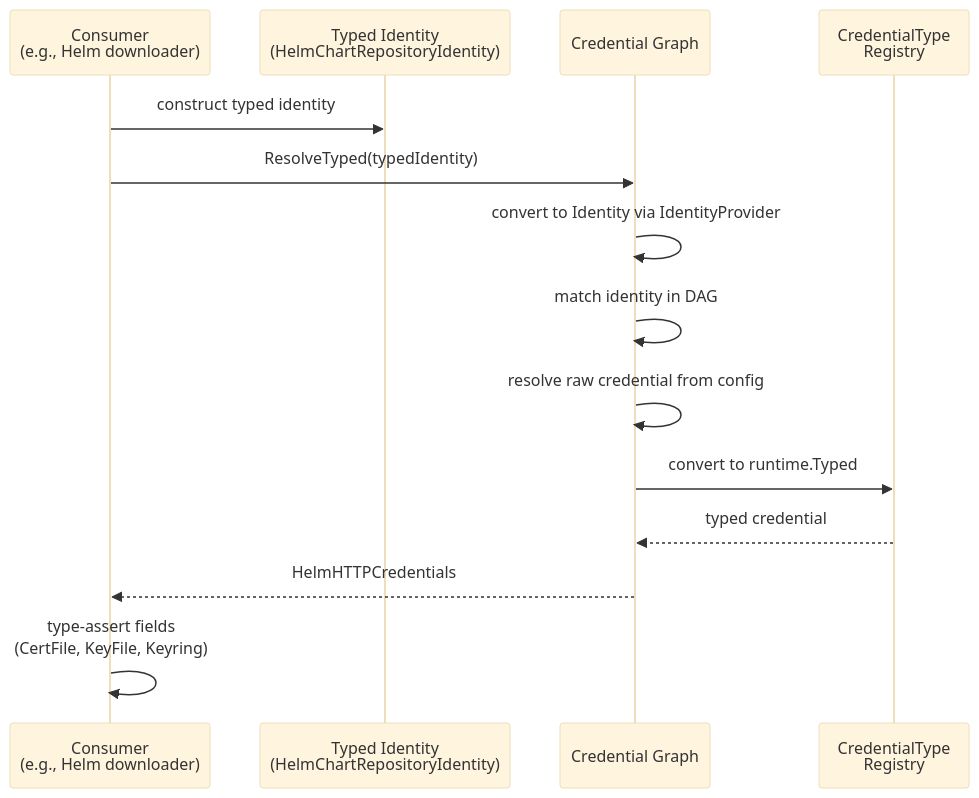
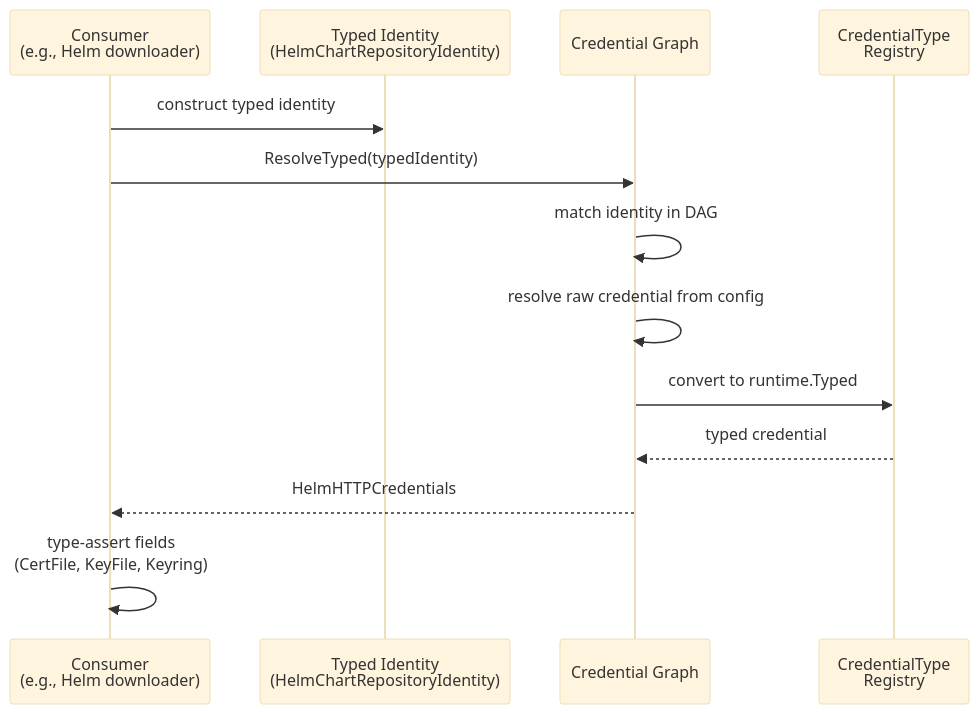
The first of 2 diagrams in docs/adr/0018_typed_credentials.md (open-component-model/open-component-model), drawn with Mermaid (base theme) before and after one commit. The commit also changed other lines of this file, not shown here.

````diff
--- a/docs/adr/0018_typed_credentials.md
+++ b/docs/adr/0018_typed_credentials.md
@@ -113,17 +112,16 @@
 ```mermaid
 sequenceDiagram
     participant C as Consumer<br/>(e.g., Helm downloader)
     participant I as Typed Identity<br/>(HelmChartRepositoryIdentity)
     participant G as Credential Graph
     participant S as CredentialType<br/>Registry
 
     C->>I: construct typed identity
     C->>G: ResolveTyped(typedIdentity)
-    G->>G: convert to Identity via IdentityProvider
     G->>G: match identity in DAG
     G->>G: resolve raw credential from config
     G->>S: convert to runtime.Typed
     S-->>G: typed credential
     G-->>C: HelmHTTPCredentials
     C->>C: type-assert fields<br/>(CertFile, KeyFile, Keyring)
 ```
````
